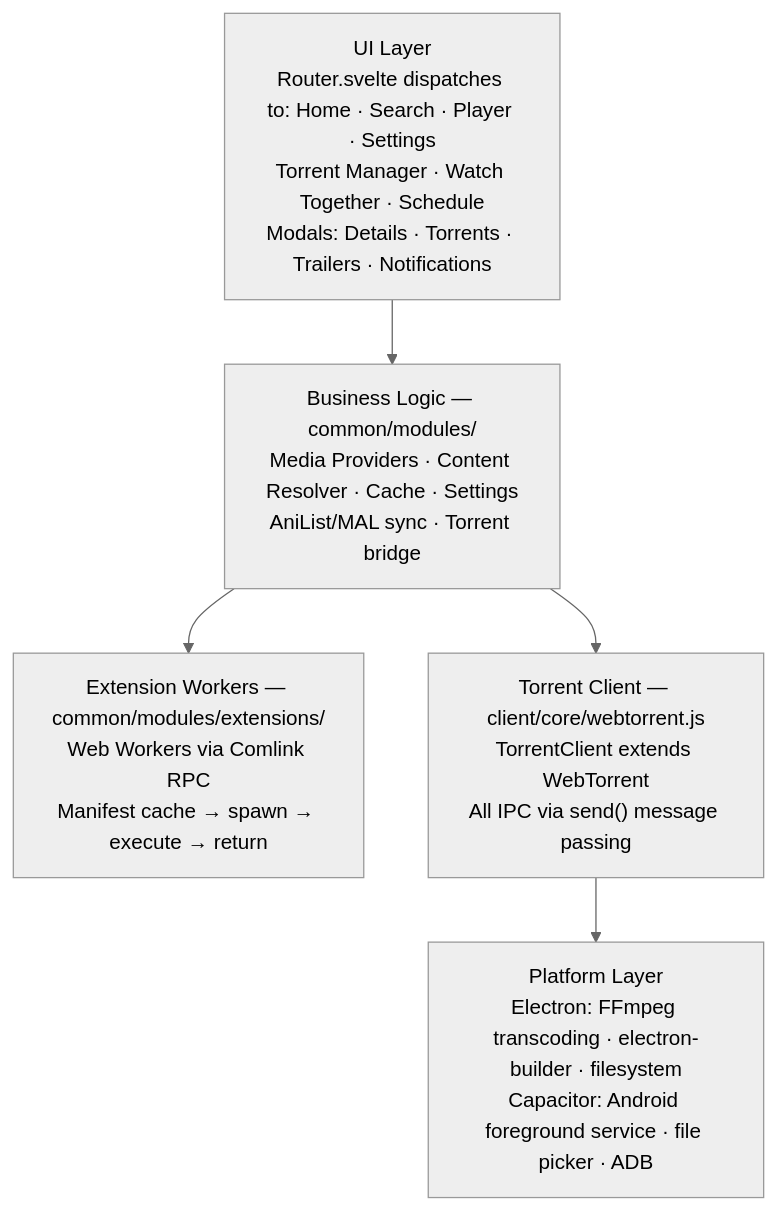
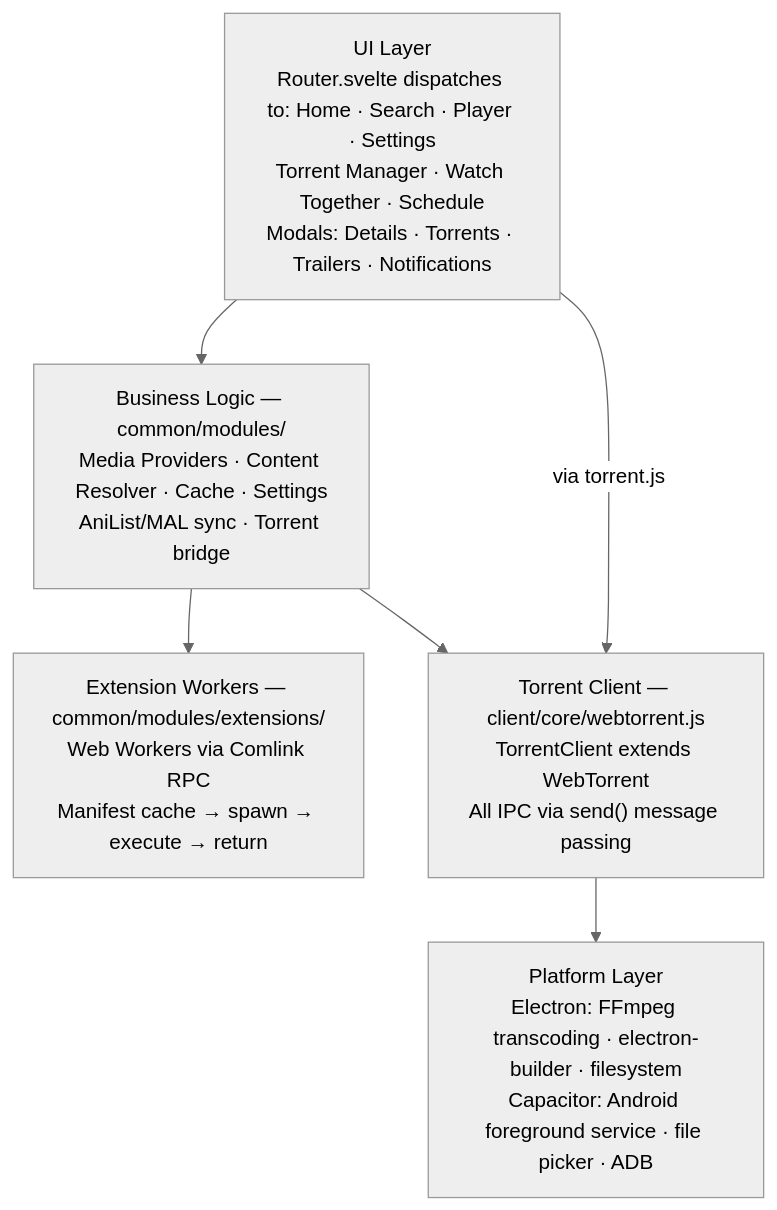
Before and after one commit to Emekalim/FroYoflix_v2: the second of 6 diagrams in README.md, drawn with Mermaid (neutral theme). The commit also changed other lines of this file, not shown here.

Commit message:
docs: fix README quality issues (commands, blast radius table, architecture diagram)

````diff
--- a/README.md
+++ b/README.md
@@ -111,17 +111,18 @@
 ```mermaid
 flowchart TD
     UI["UI Layer\nRouter.svelte dispatches to: Home · Search · Player · Settings\nTorrent Manager · Watch Together · Schedule\nModals: Details · Torrents · Trailers · Notifications"]
 
     BL["Business Logic — common/modules/\nMedia Providers · Content Resolver · Cache · Settings\nAniList/MAL sync · Torrent bridge"]
 
     EW["Extension Workers — common/modules/extensions/\nWeb Workers via Comlink RPC\nManifest cache → spawn → execute → return"]
 
     TC["Torrent Client — client/core/webtorrent.js\nTorrentClient extends WebTorrent\nAll IPC via send() message passing"]
 
     PL["Platform Layer\nElectron: FFmpeg transcoding · electron-builder · filesystem\nCapacitor: Android foreground service · file picker · ADB"]
 
     UI --> BL
+    UI -->|"via torrent.js"| TC
     BL --> EW
     BL --> TC
     TC --> PL
 ```
````
